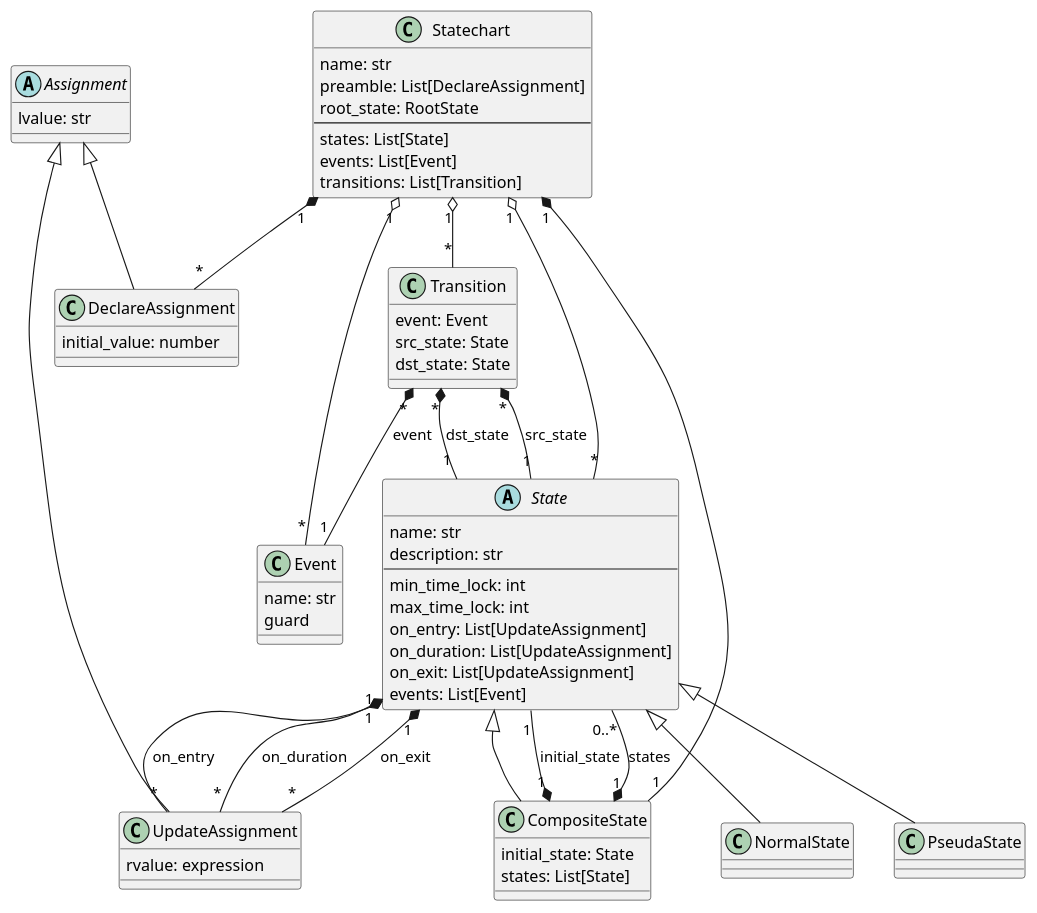
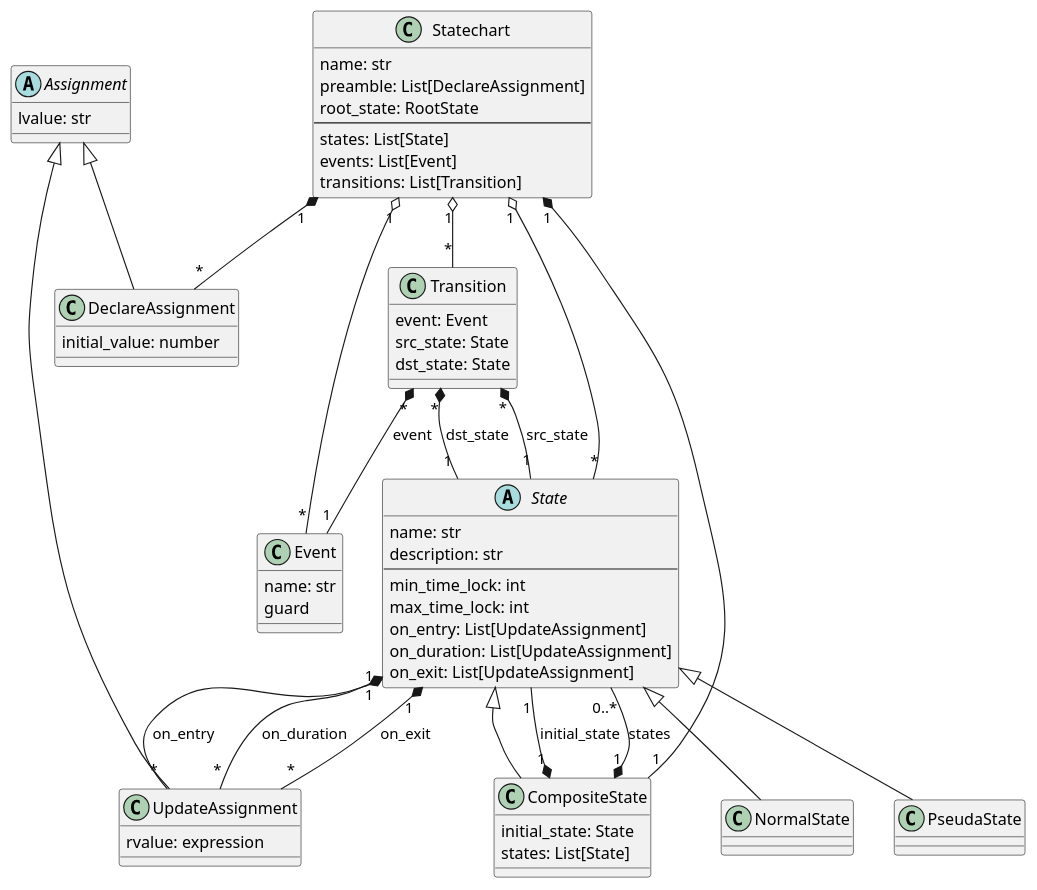
The diagram in docs/source/tutorials/quick_start/meta.puml (HansBug/pyfcstm), drawn with PlantUML before and after one commit. The commit also changed 3 other files, not shown here.

```diff
--- a/docs/source/tutorials/quick_start/meta.puml
+++ b/docs/source/tutorials/quick_start/meta.puml
@@ -1,86 +1,85 @@
 @startuml
 
 abstract class State {
     name: str
     description: str
     ---
     min_time_lock: int
     max_time_lock: int
     on_entry: List[UpdateAssignment]
     on_duration: List[UpdateAssignment]
     on_exit: List[UpdateAssignment]
-    events: List[Event]
 }
 
 State "1" *-- "*" UpdateAssignment: on_entry
 State "1" *-- "*" UpdateAssignment: on_duration
 State "1" *-- "*" UpdateAssignment: on_exit
 
 CompositeState -up-|> State
 
 class CompositeState {
     initial_state: State
     states: List[State]
 }
 
 CompositeState "1" *-- "1" State : initial_state
 CompositeState "1" *-- "0..*" State : states
 
 NormalState -up-|> State
 
 class NormalState {
 }
 
 PseudaState -up-|> State
 
 class PseudaState {
 
 }
 
 class Event {
     name: str
     guard
 }
 
 class Transition {
     event: Event
     src_state: State
     dst_state: State
 }
 Transition "*" *-- "1" State : src_state
 Transition "*" *-- "1" State : dst_state
 Transition "*" *-- "1" Event : event
 
 class Statechart {
     name: str
     preamble: List[DeclareAssignment]
     root_state: RootState
     ---
     states: List[State]
     events: List[Event]
     transitions: List[Transition]
 }
 
 Statechart "1" *-- "*" DeclareAssignment
 Statechart "1" *-- "1" CompositeState
 Statechart "1" o-- "*" State
 Statechart "1" o-- "*" Event
 Statechart "1" o-- "*" Transition
 
 abstract class Assignment {
     lvalue: str
 }
 
 class DeclareAssignment {
     initial_value: number
 }
 
 DeclareAssignment -up-|> Assignment
 
 class UpdateAssignment {
     rvalue: expression
 }
 
 UpdateAssignment -up-|> Assignment
 
 @enduml
```
